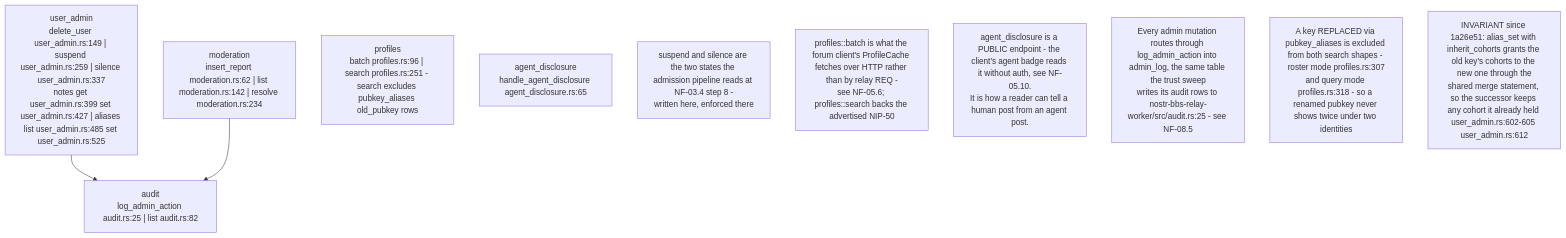
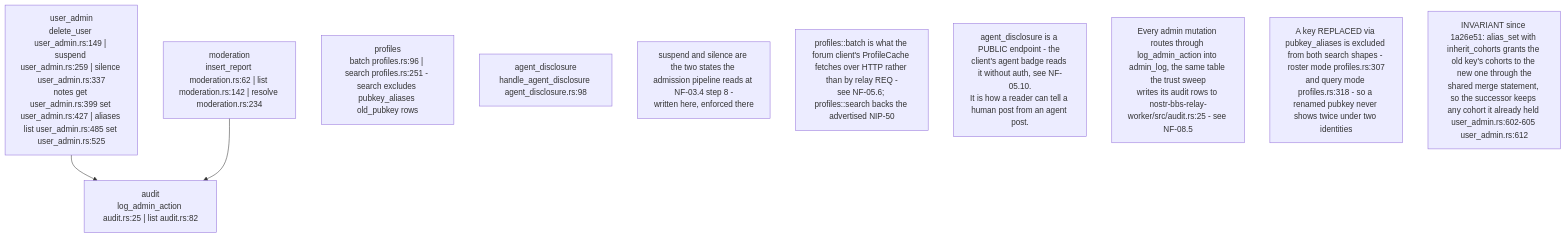
Before and after one commit to DreamLab-AI/VisionFlow: diagram 14 of 16 in docs/diagrams/nostr-rust-forum/11-relay-durable-object-internals.md, drawn with Mermaid. The commit also changed other lines of this file and 160 other files, not shown here.

````diff
--- a/docs/diagrams/nostr-rust-forum/11-relay-durable-object-internals.md
+++ b/docs/diagrams/nostr-rust-forum/11-relay-durable-object-internals.md
@@ -414,18 +426,18 @@
 ```mermaid
 flowchart TB
     UA["user_admin<br/>delete_user user_admin.rs:149 | suspend user_admin.rs:259 | silence user_admin.rs:337<br/>notes get user_admin.rs:399 set user_admin.rs:427 | aliases list user_admin.rs:485 set user_admin.rs:525"]
     MOD["moderation<br/>insert_report moderation.rs:62 | list moderation.rs:142 | resolve moderation.rs:234"]
     AUD["audit<br/>log_admin_action audit.rs:25 | list audit.rs:82"]
     PRO["profiles<br/>batch profiles.rs:96 | search profiles.rs:251 - search excludes pubkey_aliases old_pubkey rows"]
-    AGD["agent_disclosure<br/>handle_agent_disclosure agent_disclosure.rs:65"]
+    AGD["agent_disclosure<br/>handle_agent_disclosure agent_disclosure.rs:98"]
 
     UA --> AUD
     MOD --> AUD
 
     N1["suspend and silence are the two states the admission pipeline reads at NF-03.4 step 8 -<br/>written here, enforced there"]
     N2["profiles::batch is what the forum client's ProfileCache fetches over HTTP rather than by relay REQ -<br/>see NF-05.6; profiles::search backs the advertised NIP-50"]
     N3["agent_disclosure is a PUBLIC endpoint - the client's agent badge reads it without auth, see NF-05.10.<br/>It is how a reader can tell a human post from an agent post."]
     N4["Every admin mutation routes through log_admin_action into admin_log, the same table the trust sweep<br/>writes its audit rows to nostr-bbs-relay-worker/src/audit.rs:25 - see NF-08.5"]
     N5["A key REPLACED via pubkey_aliases is excluded from both search shapes - roster mode profiles.rs:307<br/>and query mode profiles.rs:318 - so a renamed pubkey never shows twice under two identities"]
     N6["INVARIANT since 1a26e51: alias_set with inherit_cohorts grants the old key's cohorts to the new one through the<br/>shared merge statement, so the successor keeps any cohort it already held user_admin.rs:602-605 user_admin.rs:612"]
 ```
````
